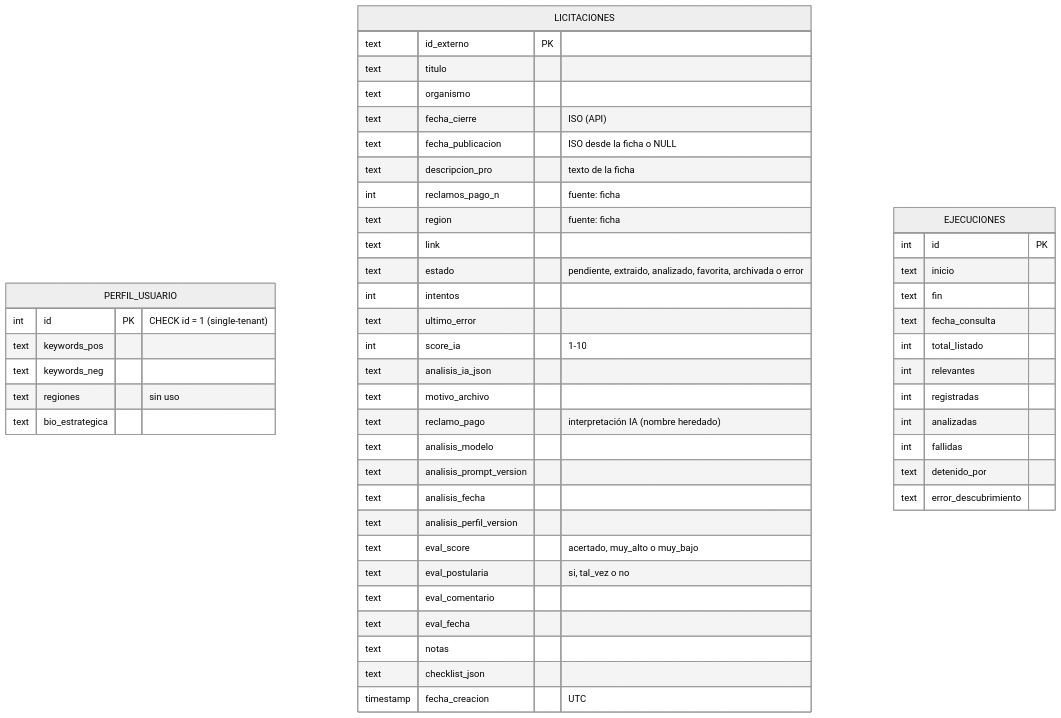
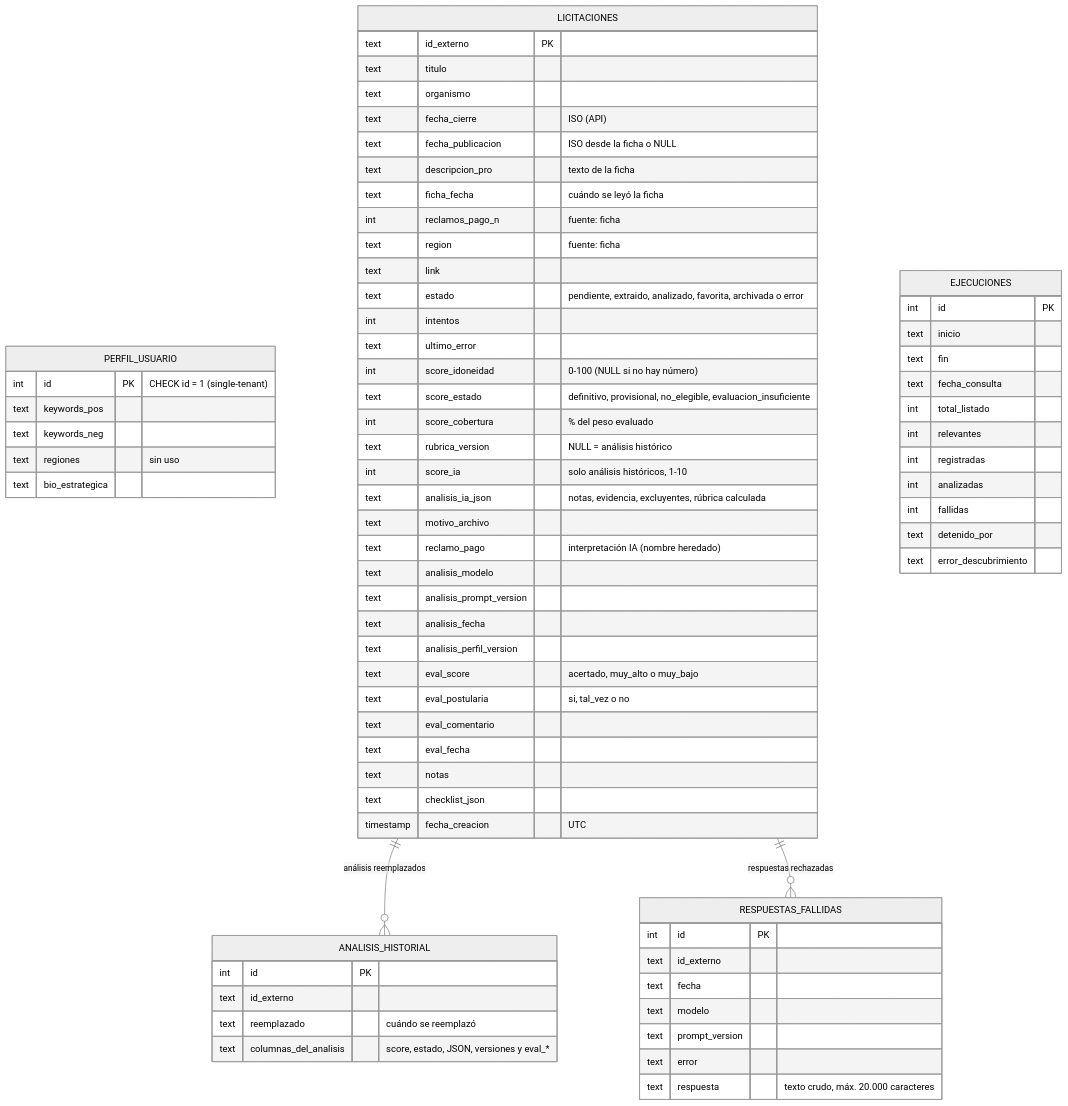
Before and after one commit to randradev/licitai-prototipo: the third of 4 diagrams in LICITAI_PROJECT_DOSSIER.md, drawn with Mermaid (neutral theme). The commit also changed other lines of this file, not shown here.

````diff
--- a/LICITAI_PROJECT_DOSSIER.md
+++ b/LICITAI_PROJECT_DOSSIER.md
@@ -245,52 +267,74 @@
 ```mermaid
 erDiagram
     PERFIL_USUARIO {
         int id PK "CHECK id = 1 (single-tenant)"
         text keywords_pos
         text keywords_neg
         text regiones "sin uso"
         text bio_estrategica
     }
     LICITACIONES {
         text id_externo PK
         text titulo
         text organismo
         text fecha_cierre "ISO (API)"
         text fecha_publicacion "ISO desde la ficha o NULL"
         text descripcion_pro "texto de la ficha"
+        text ficha_fecha "cuándo se leyó la ficha"
         int  reclamos_pago_n "fuente: ficha"
         text region "fuente: ficha"
         text link
         text estado "pendiente, extraido, analizado, favorita, archivada o error"
         int  intentos
         text ultimo_error
-        int  score_ia "1-10"
-        text analisis_ia_json
+        int  score_idoneidad "0-100 (NULL si no hay número)"
+        text score_estado "definitivo, provisional, no_elegible, evaluacion_insuficiente"
+        int  score_cobertura "% del peso evaluado"
+        text rubrica_version "NULL = análisis histórico"
+        int  score_ia "solo análisis históricos, 1-10"
+        text analisis_ia_json "notas, evidencia, excluyentes, rúbrica calculada"
         text motivo_archivo
         text reclamo_pago "interpretación IA (nombre heredado)"
         text analisis_modelo
         text analisis_prompt_version
         text analisis_fecha
         text analisis_perfil_version
         text eval_score "acertado, muy_alto o muy_bajo"
         text eval_postularia "si, tal_vez o no"
         text eval_comentario
         text eval_fecha
         text notas
         text checklist_json
         timestamp fecha_creacion "UTC"
     }
+    ANALISIS_HISTORIAL {
+        int id PK
+        text id_externo
+        text reemplazado "cuándo se reemplazó"
+        text columnas_del_analisis "score, estado, JSON, versiones y eval_*"
+    }
+    RESPUESTAS_FALLIDAS {
+        int id PK
+        text id_externo
+        text fecha
+        text modelo
+        text prompt_version
+        text error
+        text respuesta "texto crudo, máx. 20.000 caracteres"
+    }
     EJECUCIONES {
         int id PK
         text inicio
         text fin
         text fecha_consulta
         int total_listado
         int relevantes
         int registradas
         int analizadas
         int fallidas
         text detenido_por
         text error_descubrimiento
     }
+    LICITACIONES ||--o{ ANALISIS_HISTORIAL : "análisis reemplazados"
+    LICITACIONES ||--o{ RESPUESTAS_FALLIDAS : "respuestas rechazadas"
 ```
````
